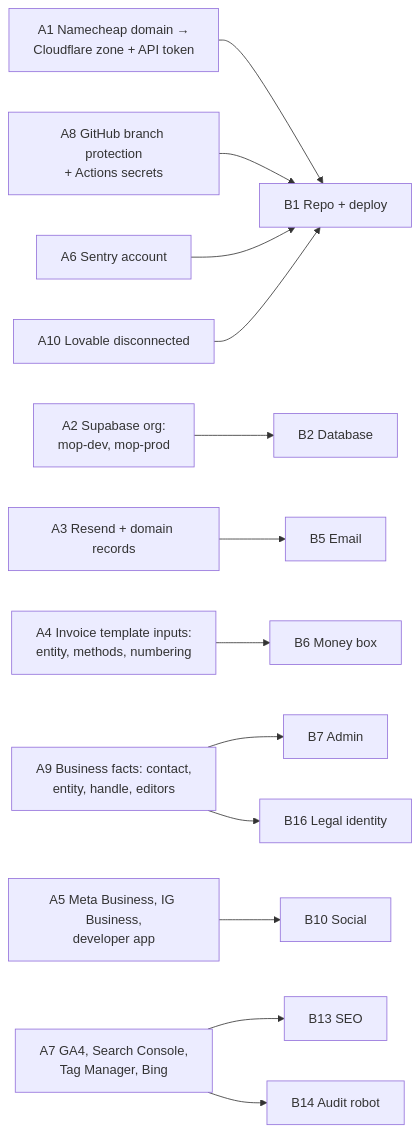
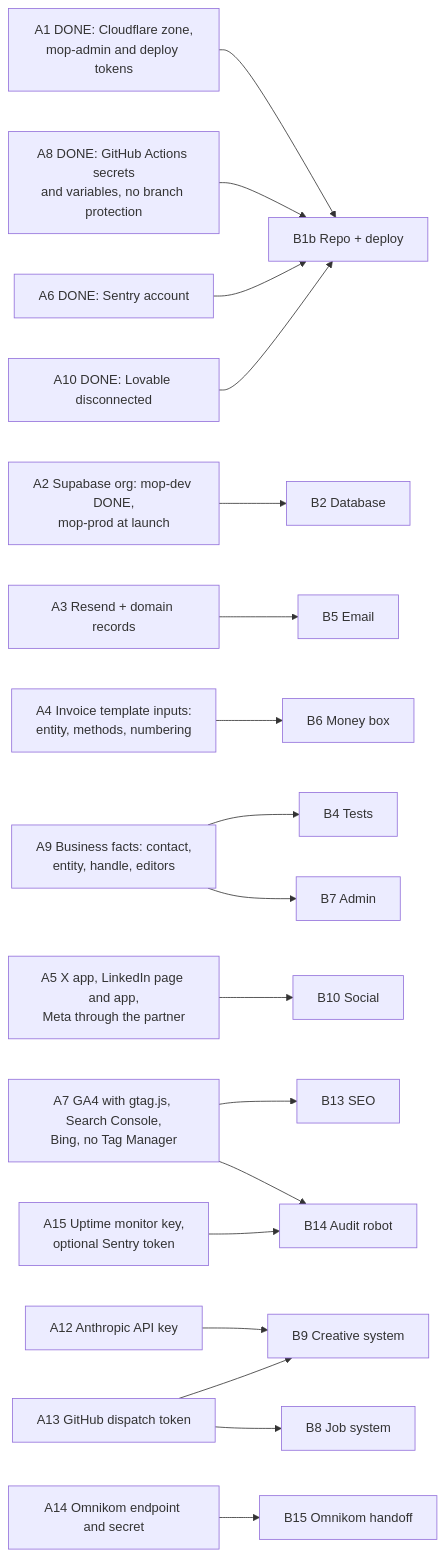
The third of 3 diagrams in workspace/03-diagrams/completion-map.md (AbdulrahmanAmer/matter-of-place), drawn with Mermaid before and after one commit. The commit also changed other lines of this file and 104 other files, not shown here.

First line of the commit message:
Traceability audit rounds 5 and 6; diagrams brought in line with the plans; rulings G58 to G65

````diff
--- a/workspace/03-diagrams/completion-map.md
+++ b/workspace/03-diagrams/completion-map.md
@@ -73,23 +103,30 @@
 ```mermaid
 flowchart LR
-  A1[A1 Namecheap domain →<br/>Cloudflare zone + API token] --> B1
-  A8[A8 GitHub branch protection<br/>+ Actions secrets] --> B1
-  A6[A6 Sentry account] --> B1
-  A10[A10 Lovable disconnected] --> B1
-  A2[A2 Supabase org:<br/>mop-dev, mop-prod] --> B2
+  A1[A1 DONE: Cloudflare zone,<br/>mop-admin and deploy tokens] --> B1
+  A8[A8 DONE: GitHub Actions secrets<br/>and variables, no branch protection] --> B1
+  A6[A6 DONE: Sentry account] --> B1
+  A10[A10 DONE: Lovable disconnected] --> B1
+  A2[A2 Supabase org: mop-dev DONE,<br/>mop-prod at launch] --> B2
   A3[A3 Resend + domain records] --> B5
   A4[A4 Invoice template inputs:<br/>entity, methods, numbering] --> B6
-  A9[A9 Business facts: contact,<br/>entity, handle, editors] --> B7 & B16
-  A5[A5 Meta Business, IG Business,<br/>developer app] --> B10
-  A7[A7 GA4, Search Console,<br/>Tag Manager, Bing] --> B13 & B14
+  A9[A9 Business facts: contact,<br/>entity, handle, editors] --> B4 & B7
+  A5[A5 X app, LinkedIn page and app,<br/>Meta through the partner] --> B10
+  A7[A7 GA4 with gtag.js, Search Console,<br/>Bing, no Tag Manager] --> B13 & B14
+  A12[A12 Anthropic API key] --> B9
+  A13[A13 GitHub dispatch token] --> B8 & B9
+  A14[A14 Omnikom endpoint and secret] --> B15
+  A15[A15 Uptime monitor key,<br/>optional Sentry token] --> B14
 
-  B1[B1 Repo + deploy]
+  B1[B1b Repo + deploy]
   B2[B2 Database]
+  B4[B4 Tests]
   B5[B5 Email]
   B6[B6 Money box]
   B7[B7 Admin]
+  B8[B8 Job system]
+  B9[B9 Creative system]
   B10[B10 Social]
   B13[B13 SEO]
   B14[B14 Audit robot]
-  B16[B16 Legal identity]
+  B15[B15 Omnikom handoff]
 ```
````
